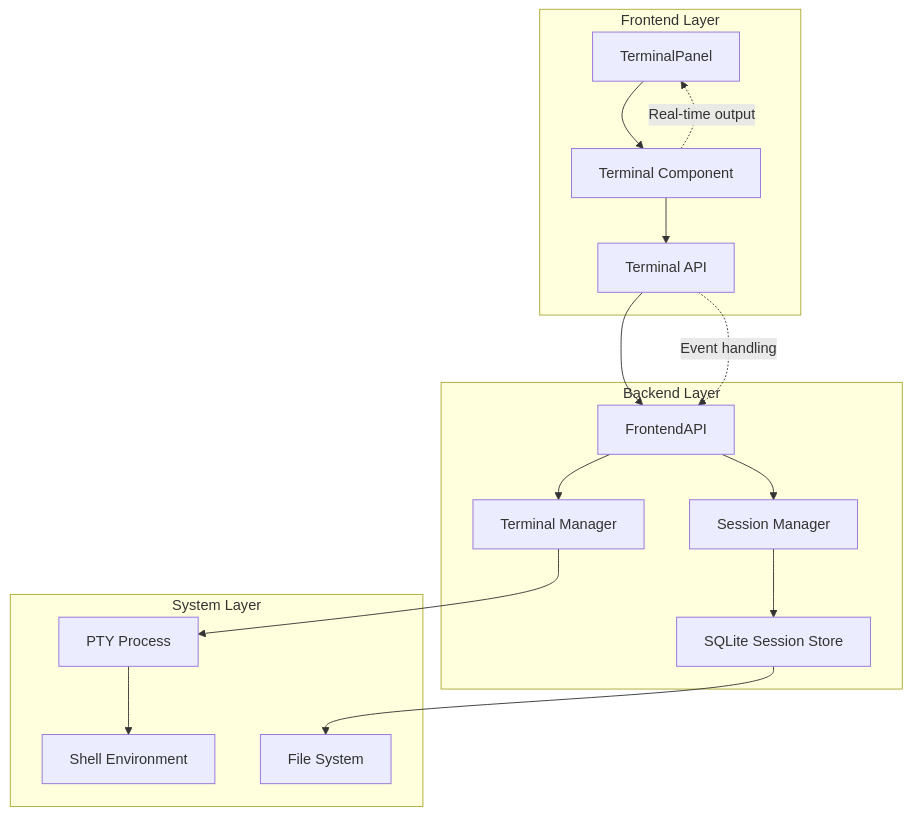
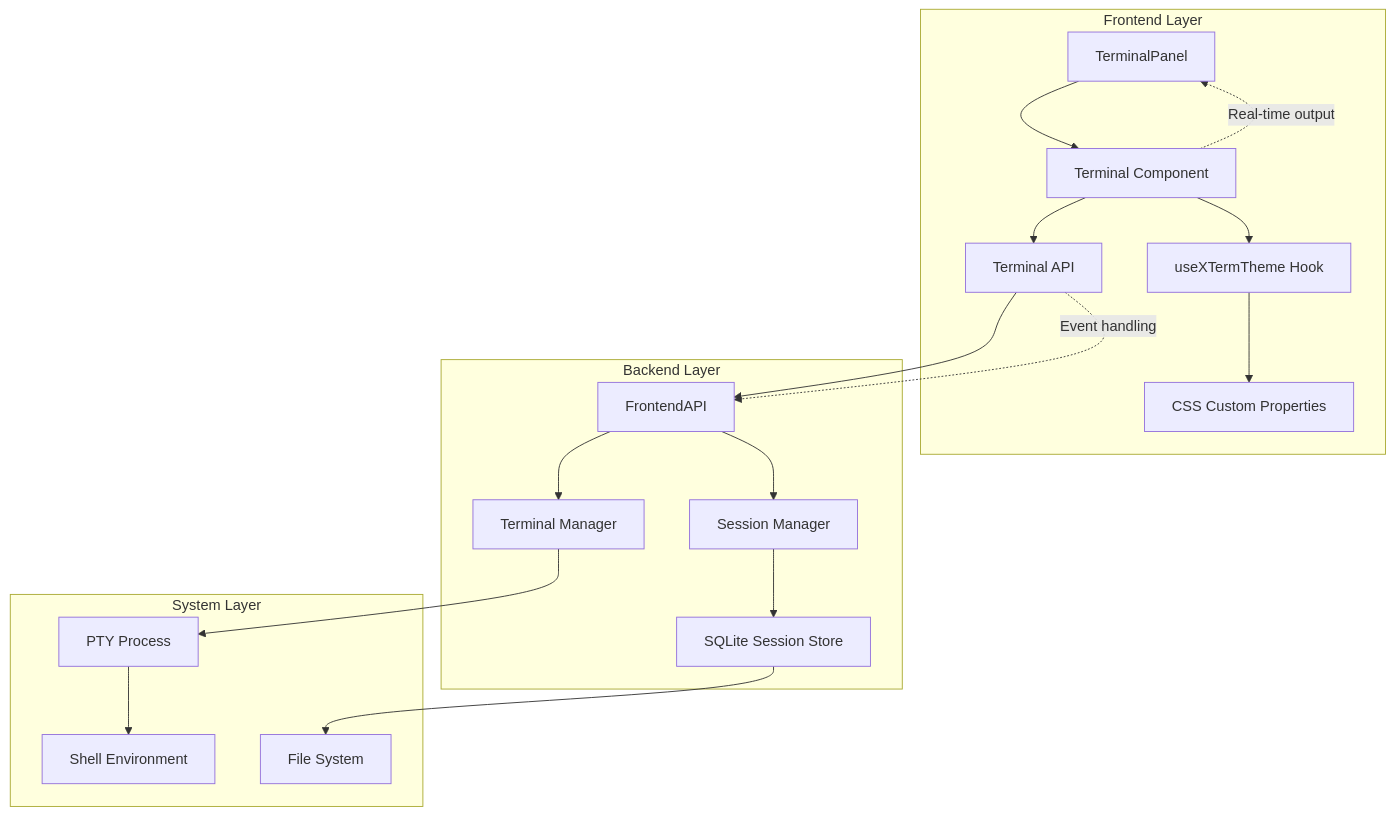
One commit to v0lka/c0wrk changed the first of 11 diagrams in .qoder/repowiki/en/content/Frontend Application/Terminal Emulation System.md. Above: the diagram before and after it, drawn with Mermaid. The commit also changed other lines of this file and 52 other files, not shown here.

````diff
--- a/.qoder/repowiki/en/content/Frontend Application/Terminal Emulation System.md
+++ b/.qoder/repowiki/en/content/Frontend Application/Terminal Emulation System.md
@@ -41,30 +54,34 @@
 ```mermaid
 graph TB
 subgraph "Frontend Layer"
 TP[TerminalPanel]
 T[Terminal Component]
 API[Terminal API]
+THEME[useXTermTheme Hook]
+CSS[CSS Custom Properties]
 end
 subgraph "Backend Layer"
 FA[FrontendAPI]
 TM[Terminal Manager]
 SM[Session Manager]
 SS[SQLite Session Store]
 end
 subgraph "System Layer"
 PTY[PTY Process]
 SHELL[Shell Environment]
 FS[File System]
 end
 TP --> T
 T --> API
+T --> THEME
+THEME --> CSS
 API --> FA
 FA --> TM
 FA --> SM
 TM --> PTY
 PTY --> SHELL
 SM --> SS
 SS --> FS
 T -.->|"Real-time output"| TP
 API -.->|"Event handling"| FA
 ```
````
